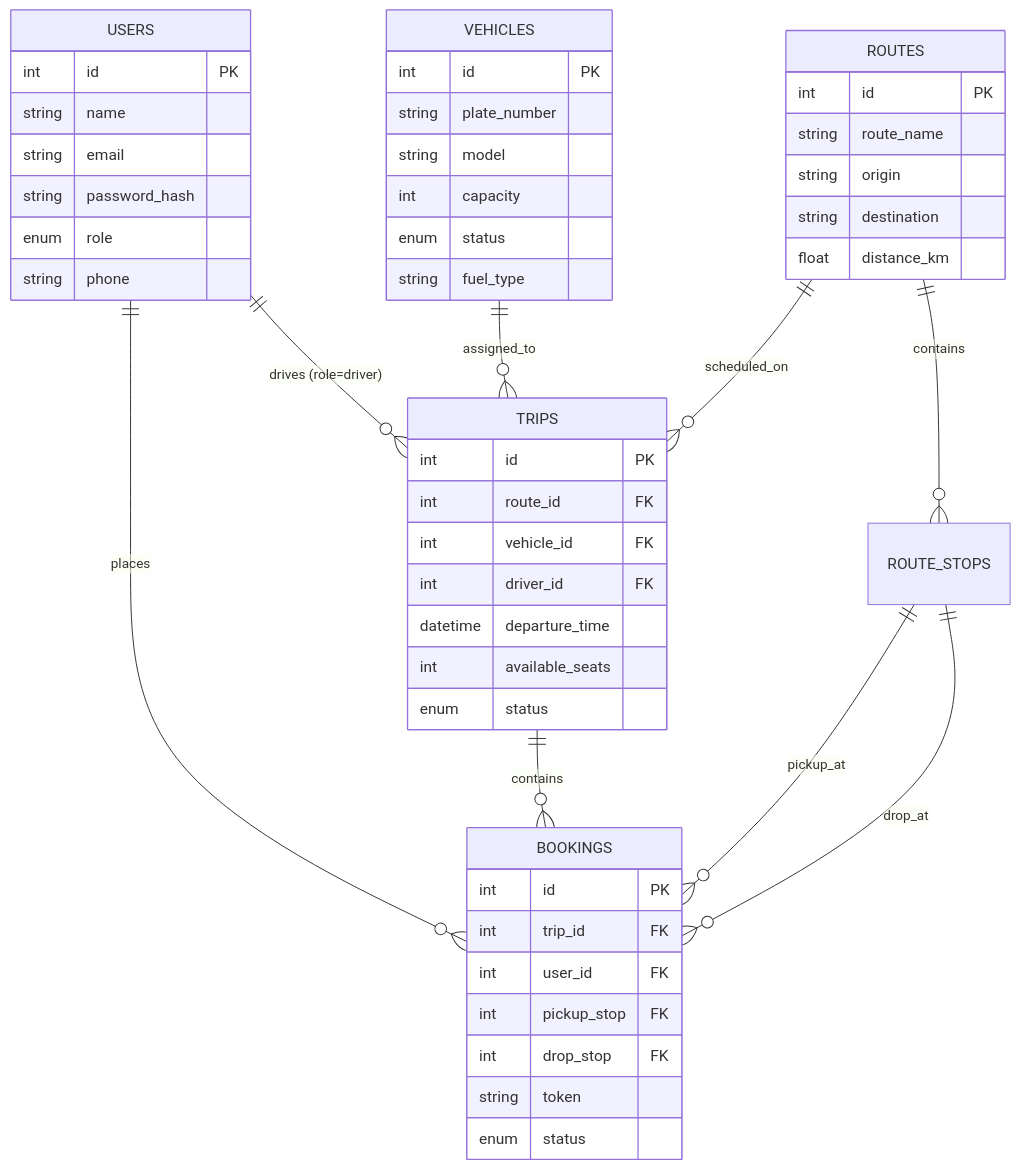
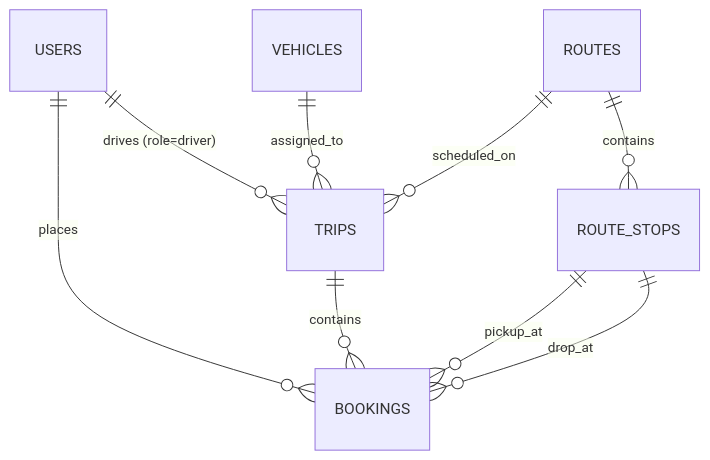
Before and after one commit to alispatel1296/Travelmanagement: the diagram in README.md, drawn with Mermaid. The commit also changed other lines of this file, not shown here.

````diff
--- a/README.md
+++ b/README.md
@@ -104,57 +65,11 @@
 ```mermaid
 erDiagram
     USERS ||--o{ BOOKINGS : "places"
     USERS ||--o{ TRIPS : "drives (role=driver)"
     VEHICLES ||--o{ TRIPS : "assigned_to"
     ROUTES ||--o{ ROUTE_STOPS : "contains"
     ROUTES ||--o{ TRIPS : "scheduled_on"
     TRIPS ||--o{ BOOKINGS : "contains"
     ROUTE_STOPS ||--o{ BOOKINGS : "pickup_at"
     ROUTE_STOPS ||--o{ BOOKINGS : "drop_at"
-
-    USERS {
-        int id PK
-        string name
-        string email
-        string password_hash
-        enum role
-        string phone
-    }
-
-    VEHICLES {
-        int id PK
-        string plate_number
-        string model
-        int capacity
-        enum status
-        string fuel_type
-    }
-
-    ROUTES {
-        int id PK
-        string route_name
-        string origin
-        string destination
-        float distance_km
-    }
-
-    TRIPS {
-        int id PK
-        int route_id FK
-        int vehicle_id FK
-        int driver_id FK
-        datetime departure_time
-        int available_seats
-        enum status
-    }
-
-    BOOKINGS {
-        int id PK
-        int trip_id FK
-        int user_id FK
-        int pickup_stop FK
-        int drop_stop FK
-        string token
-        enum status
-    }
 ```
````
